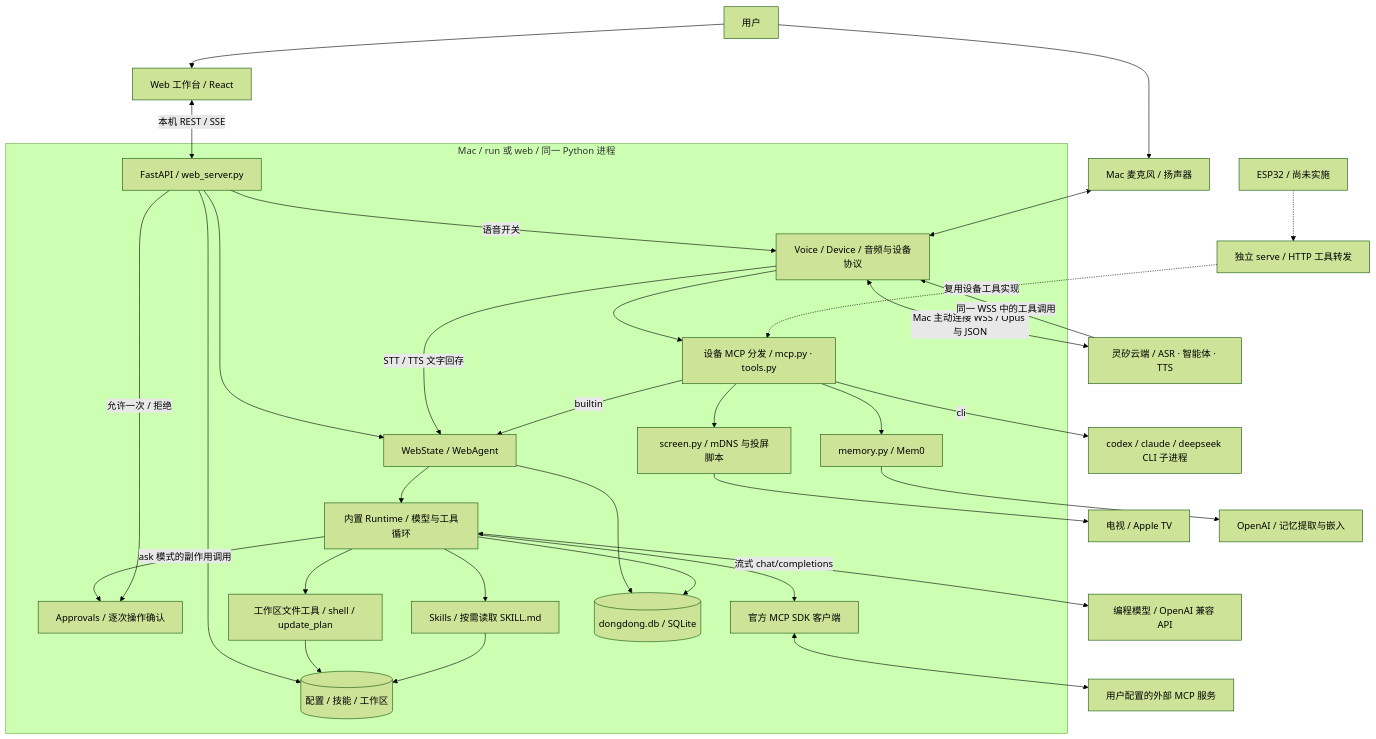
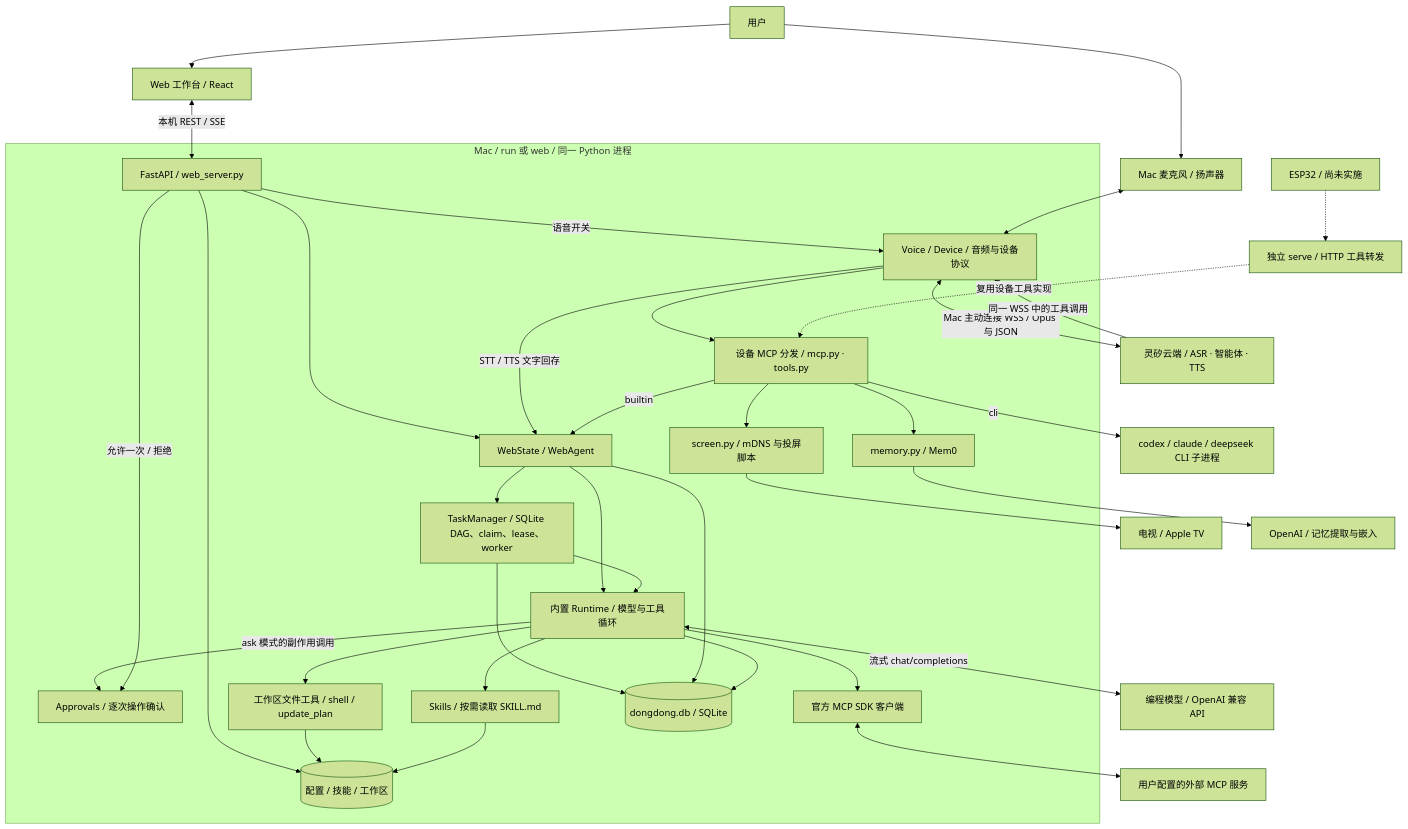
Before and after one commit to ShaoLongFei/dongdong: the first of 3 diagrams in docs/architecture.md, drawn with Mermaid (forest theme). The commit also changed other lines of this file and 8 other files, not shown here.

Commit message:
feat: expose unified task status to web and linx

````diff
--- a/docs/architecture.md
+++ b/docs/architecture.md
@@ -15,55 +15,59 @@
 ```mermaid
 flowchart TB
     User[用户] --> Browser[Web 工作台 / React]
     User --> Mic[Mac 麦克风 / 扬声器]
     Linx[灵矽云端 / ASR · 智能体 · TTS]
     Model[编程模型 / OpenAI 兼容 API]
     Ext[用户配置的外部 MCP 服务]
     CLI[codex / claude / deepseek CLI 子进程]
     TV[电视 / Apple TV]
     OpenAI[OpenAI / 记忆提取与嵌入]
 
     subgraph Mac[Mac / run 或 web / 同一 Python 进程]
         API[FastAPI / web_server.py]
         Web[WebState / WebAgent]
         Voice[Voice / Device / 音频与设备协议]
         DeviceTools[设备 MCP 分发 / mcp.py · tools.py]
         Runtime[内置 Runtime / 模型与工具循环]
+        Scheduler[TaskManager / SQLite DAG、claim、lease、worker]
         Gate[Approvals / 逐次操作确认]
         Builtin[工作区文件工具 / shell / update_plan]
         Skill[Skills / 按需读取 SKILL.md]
         Client[官方 MCP SDK 客户端]
         Screen[screen.py / mDNS 与投屏脚本]
         Memory[memory.py / Mem0]
         DB[(dongdong.db / SQLite)]
         Files[(配置 / 技能 / 工作区)]
     end
 
     Browser <-->|本机 REST / SSE| API
     API --> Web
     API -->|语音开关| Voice
     Voice -->|STT / TTS 文字回存| Web
     Mic <--> Voice
     Voice <-->|Mac 主动连接 WSS / Opus 与 JSON| Linx
     Linx -->|同一 WSS 中的工具调用| Voice
     Voice --> DeviceTools
     DeviceTools -->|builtin| Web
     DeviceTools -->|cli| CLI
     DeviceTools --> Screen --> TV
     DeviceTools --> Memory --> OpenAI
     Web --> Runtime
+    Web --> Scheduler
+    Scheduler --> Runtime
+    Scheduler --> DB
     Runtime <-->|流式 chat/completions| Model
     Runtime -->|ask 模式的副作用调用| Gate
     API -->|允许一次 / 拒绝| Gate
     Runtime --> Builtin
     Runtime --> Skill
     Runtime --> Client <--> Ext
     Web --> DB
     Runtime --> DB
     API --> Files
     Builtin --> Files
     Skill --> Files
 
     ESP[ESP32 / 尚未实施] -.-> Bridge[独立 serve / HTTP 工具转发]
     Bridge -.->|复用设备工具实现| DeviceTools
 ```
````
